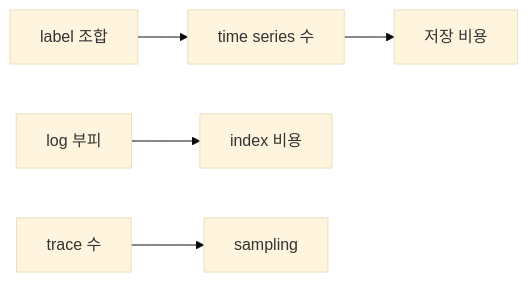
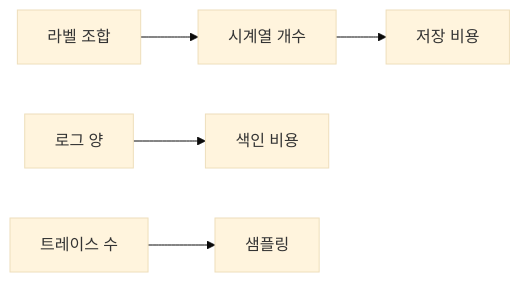
One commit to yeongseon-books/book-content changed the diagram in content/observability-101/ko/09-cost-and-cardinality.md. Above: the diagram before and after it, drawn with Mermaid (base theme). The commit also changed other lines of this file and 9 other files, not shown here.

````diff
--- a/content/observability-101/ko/09-cost-and-cardinality.md
+++ b/content/observability-101/ko/09-cost-and-cardinality.md
@@ -35,7 +49,7 @@
 ```mermaid
 flowchart LR
-    Labels["label 조합"] --> Series["time series 수"]
+    Labels["라벨 조합"] --> Series["시계열 개수"]
     Series --> Storage["저장 비용"]
-    Logs["log 부피"] --> Index["index 비용"]
-    Traces["trace 수"] --> Sample["sampling"]
+    Logs["로그 양"] --> Index["색인 비용"]
+    Traces["트레이스 수"] --> Sample["샘플링"]
 ```
````
